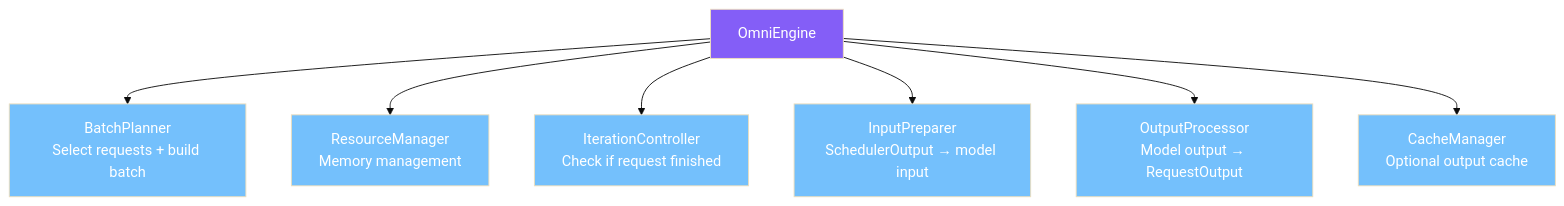
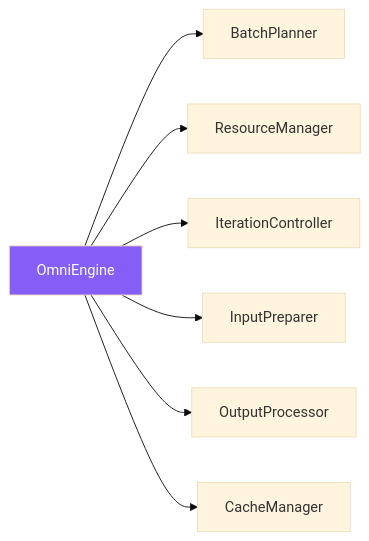
Before and after one commit to zhaochenyang20/Awesome-ML-SYS-Tutorial: diagram 32 of 33 in sglang/sglang-omni/README.md, drawn with Mermaid (base theme). The commit also changed other lines of this file, not shown here.

First line of the commit message:
style: flatten all diagrams to avoid subgraph overlap issues

````diff
--- a/sglang/sglang-omni/README.md
+++ b/sglang/sglang-omni/README.md
@@ -1270,18 +1104,7 @@
 ```mermaid
-graph TB
-    OE["OmniEngine"]
-    OE --> BP["BatchPlanner<br/>Select requests + build batch"]
-    OE --> RM["ResourceManager<br/>Memory management"]
-    OE --> IC["IterationController<br/>Check if request finished"]
-    OE --> IP["InputPreparer<br/>SchedulerOutput → model input"]
-    OE --> OP["OutputProcessor<br/>Model output → RequestOutput"]
-    OE --> CM["CacheManager<br/>Optional output cache"]
+graph LR
+    OE["OmniEngine"] --> BP["BatchPlanner"] & RM["ResourceManager"] & IC["IterationController"]
+    OE --> IP["InputPreparer"] & OP["OutputProcessor"] & CM["CacheManager"]
 
     style OE fill:#845ef7,color:#fff
-    style BP fill:#74c0fc,color:#fff
-    style RM fill:#74c0fc,color:#fff
-    style IC fill:#74c0fc,color:#fff
-    style IP fill:#74c0fc,color:#fff
-    style OP fill:#74c0fc,color:#fff
-    style CM fill:#74c0fc,color:#fff
 ```
````
